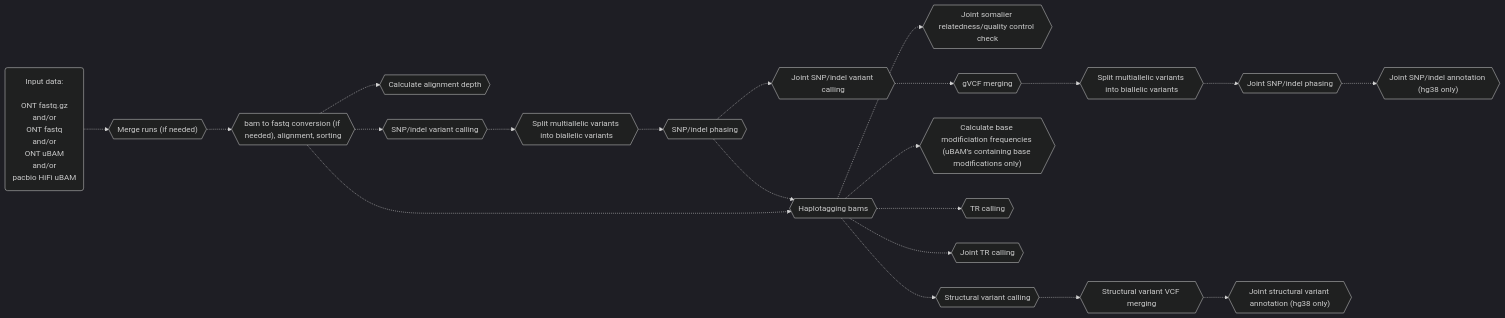
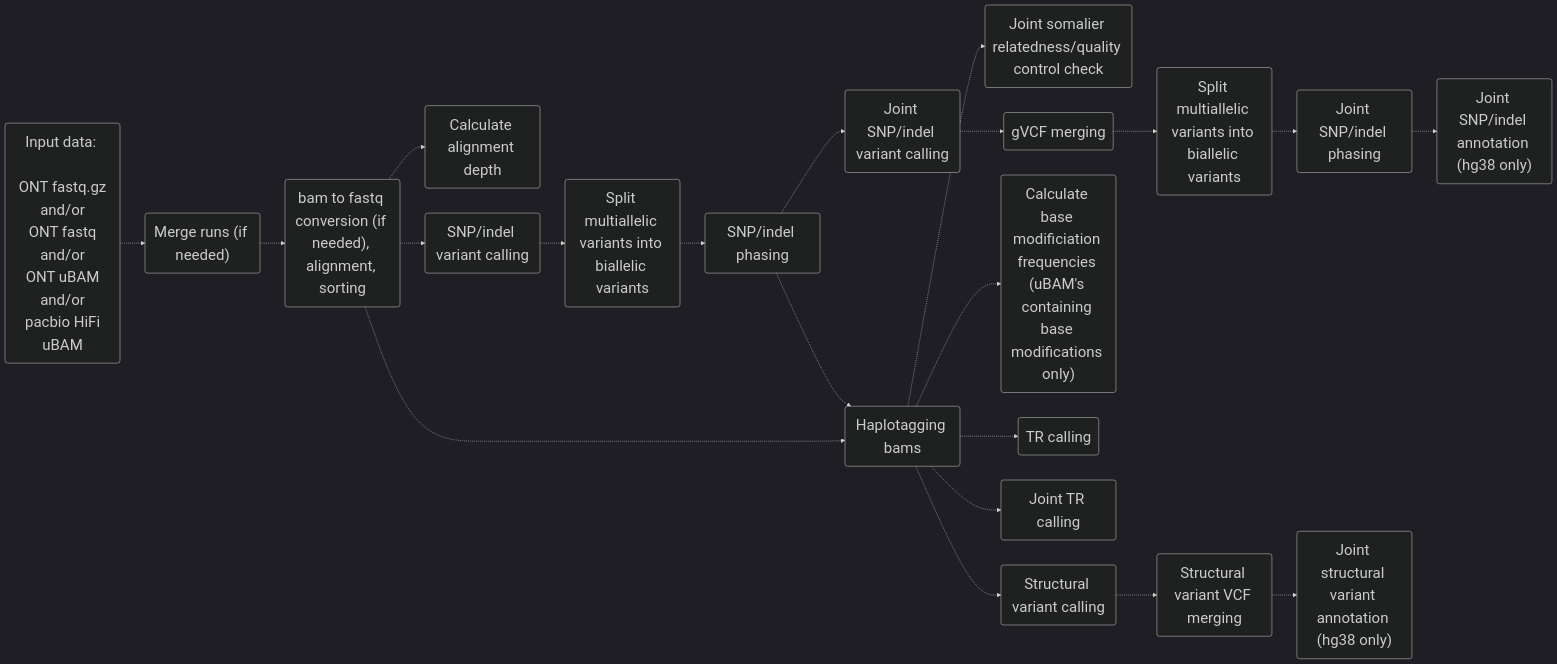
One commit to leahkemp/pipeface changed the third of 3 diagrams in docs/pipeface/info.md. Above: the diagram before and after it, drawn with Mermaid. The commit also changed other lines of this file and 1 other file, not shown here.

Commit message:
make diagrams more readable

````diff
--- a/docs/pipeface/info.md
+++ b/docs/pipeface/info.md
@@ -74,36 +74,36 @@
 ```mermaid
-%%{init: {'theme':'dark'}}%%
+%%{init: {'theme':'dark', 'themeVariables': {'fontSize': '30px'}}}%%
 flowchart LR
 
 input_data("Input data: <br><br> ONT fastq.gz <br> and/or <br> ONT fastq <br> and/or <br> ONT uBAM <br> and/or <br> pacbio HiFi uBAM")
-merging{{"Merge runs (if needed)"}}
-alignment{{"bam to fastq conversion (if needed), alignment, sorting"}}
-depth{{"Calculate alignment depth"}}
-snp_indel_calling{{"SNP/indel variant calling"}}
-split_multiallele{{"Split multiallelic variants into biallelic variants"}}
-snp_indel_phasing{{"SNP/indel phasing"}}
-joint_snp_indel_calling{{"Joint SNP/indel variant calling"}}
-joint_somalier{{"Joint somalier relatedness/quality control check"}}
-gvcf_merging{{"gVCF merging"}}
-joint_split_multiallele{{"Split multiallelic variants into biallelic variants"}}
-joint_snp_indel_phasing{{"Joint SNP/indel phasing"}}
-joint_snp_indel_annotation{{"Joint SNP/indel annotation (hg38 only)"}}
-haplotagging{{"Haplotagging bams"}}
-calculate_base_mod_freqs{{"Calculate base modificiation frequencies (uBAM's containing base modifications only)"}}
-tr_calling{{"TR calling"}}
-joint_tr_calling{{"Joint TR calling"}}
-sv_calling{{"Structural variant calling"}}
-sv_vcf_merging{{"Structural variant VCF merging"}}
-joint_sv_annotation{{"Joint structural variant annotation (hg38 only)"}}
+merging("Merge runs (if needed)")
+alignment("bam to fastq conversion (if needed), alignment, sorting")
+depth("Calculate alignment depth")
+snp_indel_calling("SNP/indel variant calling")
+split_multiallele("Split multiallelic variants into biallelic variants")
+snp_indel_phasing("SNP/indel phasing")
+joint_snp_indel_calling("Joint SNP/indel variant calling")
+joint_somalier("Joint somalier relatedness/quality control check")
+gvcf_merging("gVCF merging")
+joint_split_multiallele("Split multiallelic variants into biallelic variants")
+joint_snp_indel_phasing("Joint SNP/indel phasing")
+joint_snp_indel_annotation("Joint SNP/indel annotation (hg38 only)")
+haplotagging("Haplotagging bams")
+calculate_base_mod_freqs("Calculate base modificiation frequencies (uBAM's containing base modifications only)")
+tr_calling("TR calling")
+joint_tr_calling("Joint TR calling")
+sv_calling("Structural variant calling")
+sv_vcf_merging("Structural variant VCF merging")
+joint_sv_annotation("Joint structural variant annotation (hg38 only)")
 
 input_data-.->merging-.->alignment-.->snp_indel_calling-.->split_multiallele-.->snp_indel_phasing-.->haplotagging-.->sv_calling
 alignment-.->depth
 alignment-.->haplotagging
 haplotagging-.->calculate_base_mod_freqs
 haplotagging-.->tr_calling
 haplotagging-.->joint_tr_calling
 haplotagging-.->joint_somalier
 snp_indel_phasing-.->joint_snp_indel_calling-.->gvcf_merging-.->joint_split_multiallele-.->joint_snp_indel_phasing-.->joint_snp_indel_annotation
 sv_calling-.->sv_vcf_merging-.->joint_sv_annotation
 
 ```
````
